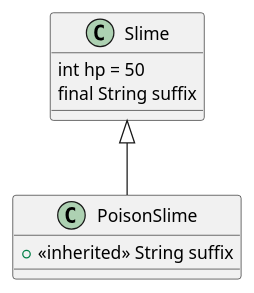
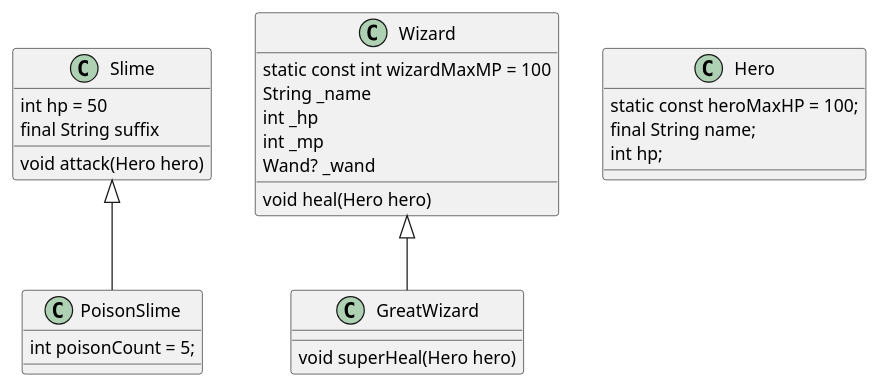
The diagram in lib/2025-03-18/game.puml (SurvivalCodingCampus/modu-3-dart-study), drawn with PlantUML before and after one commit.

Commit message:
feat: 2025-03-18 연습 코드 추가

```diff
--- a/lib/2025-03-18/game.puml
+++ b/lib/2025-03-18/game.puml
@@ -1,13 +1,33 @@
 @startuml
 'https://plantuml.com/class-diagram
 
 class Slime {
     int hp = 50
     final String suffix
+    void attack(Hero hero)
 }
 
 class PoisonSlime extends Slime {
-  +<<inherited>> String suffix
+    int poisonCount = 5;
+}
+
+class Wizard {
+    static const int wizardMaxMP = 100
+    String _name
+    int _hp
+    int _mp
+    Wand? _wand
+    void heal(Hero hero)
+}
+
+class GreatWizard extends Wizard {
+    void superHeal(Hero hero)
+}
+
+class Hero {
+    static const heroMaxHP = 100;
+    final String name;
+    int hp;
 }
 
 @enduml
```
